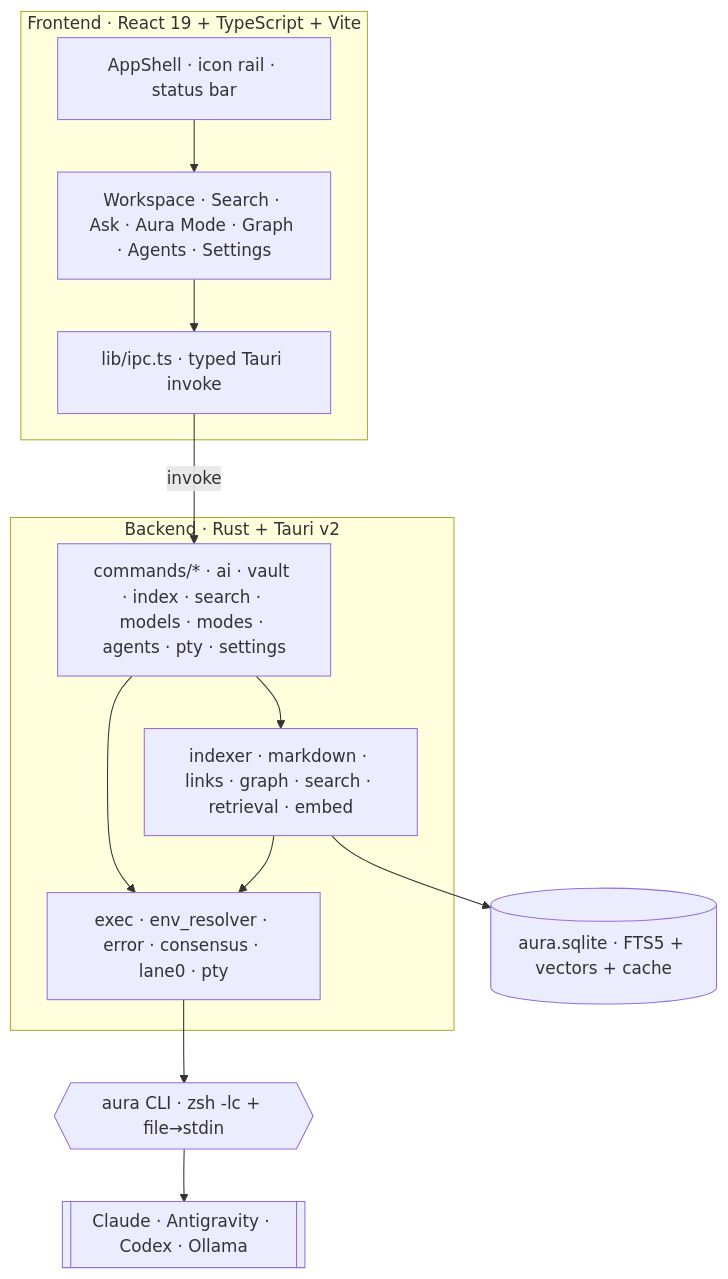
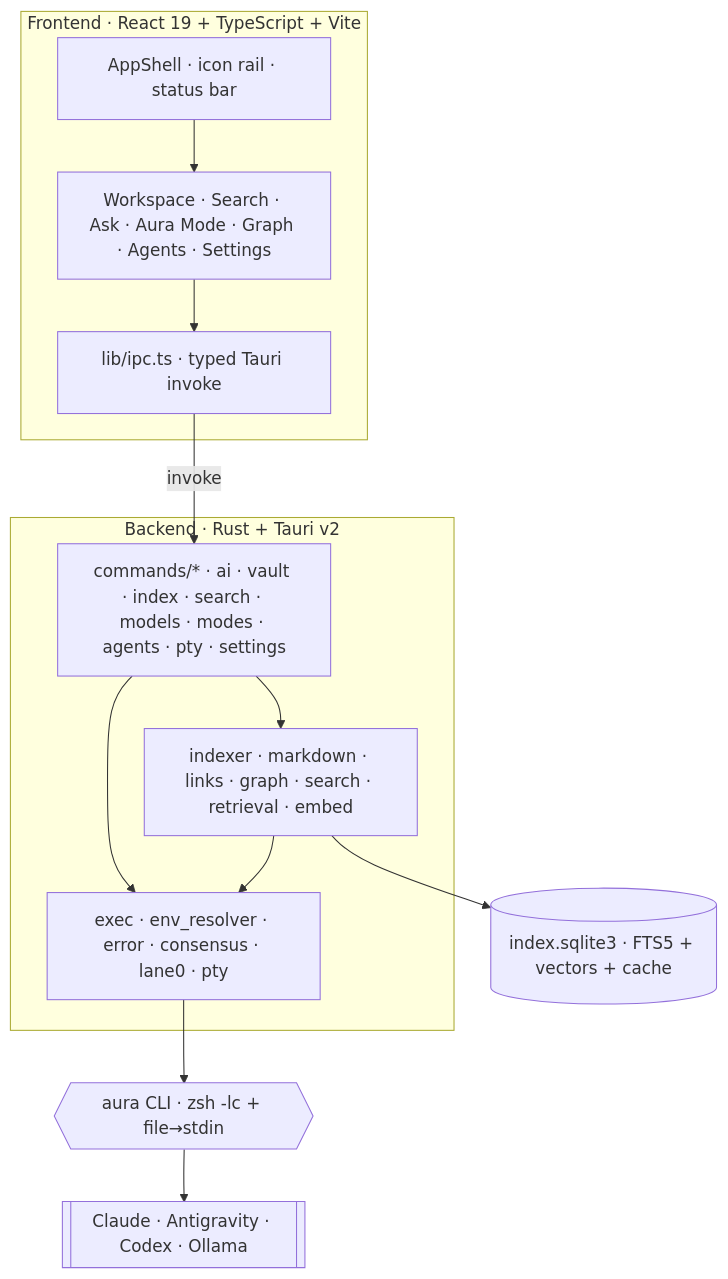
The first of 2 diagrams in docs/ARCHITECTURE.md (cleoanka/aura-app), drawn with Mermaid before and after one commit. The commit also changed other lines of this file and 2 other files, not shown here.

Commit message:
docs: DB dosya adı index.sqlite3 (kodla hizala; aura.sqlite değil)

````diff
--- a/docs/ARCHITECTURE.md
+++ b/docs/ARCHITECTURE.md
@@ -17,21 +17,21 @@
 ```mermaid
 flowchart TB
     subgraph FE["Frontend · React 19 + TypeScript + Vite"]
         SHELL[AppShell · icon rail · status bar]
         VIEWS[Workspace · Search · Ask · Aura Mode · Graph · Agents · Settings]
         IPC[lib/ipc.ts · typed Tauri invoke]
     end
     subgraph BE["Backend · Rust + Tauri v2"]
         CMDS[commands/* · ai · vault · index · search · models · modes · agents · pty · settings]
         CORE[indexer · markdown · links · graph · search · retrieval · embed]
         RUN[exec · env_resolver · error · consensus · lane0 · pty]
     end
-    DB[(aura.sqlite · FTS5 + vectors + cache)]
+    DB[(index.sqlite3 · FTS5 + vectors + cache)]
     CLI{{aura CLI · zsh -lc + file→stdin}}
     EXT[[Claude · Antigravity · Codex · Ollama]]
 
     SHELL --> VIEWS --> IPC -->|invoke| CMDS
     CMDS --> CORE --> DB
     CMDS --> RUN --> CLI --> EXT
     CORE --> RUN
 ```
````
